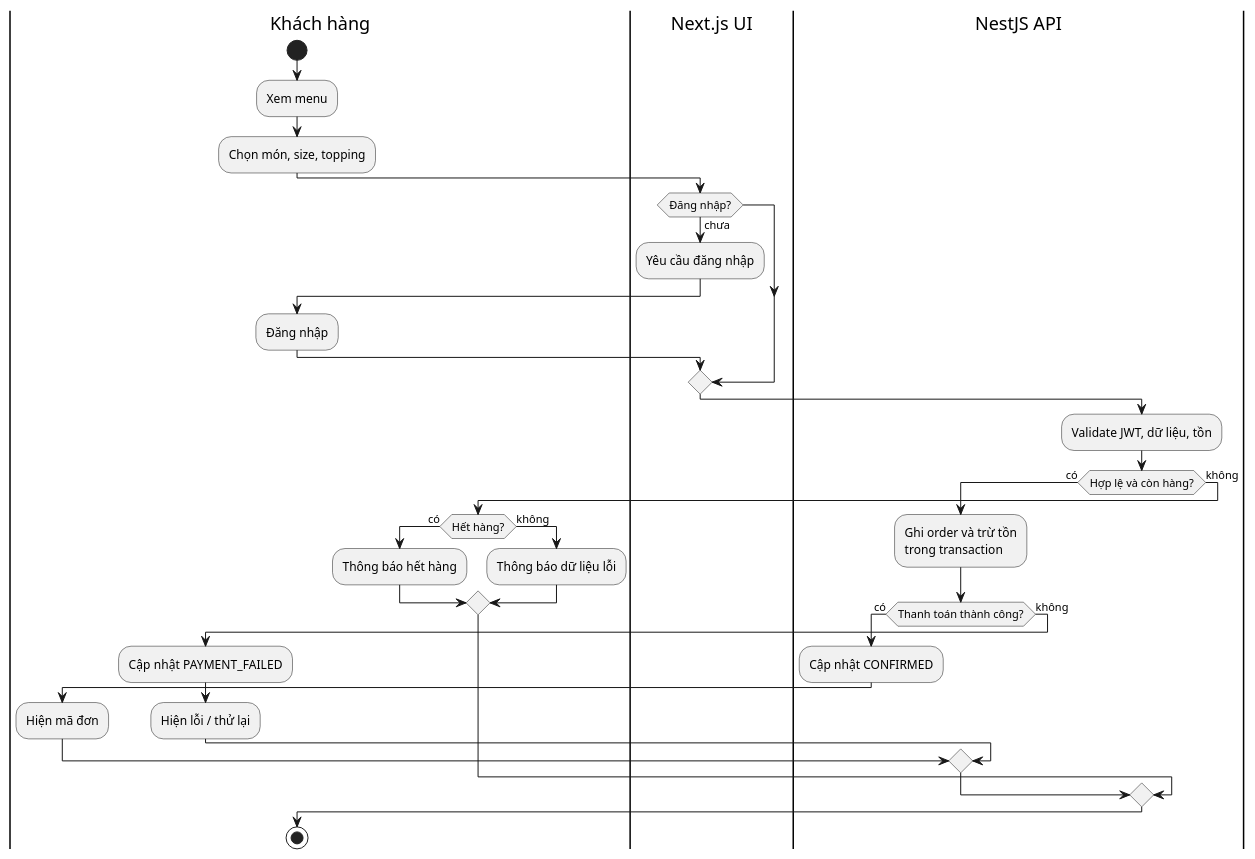
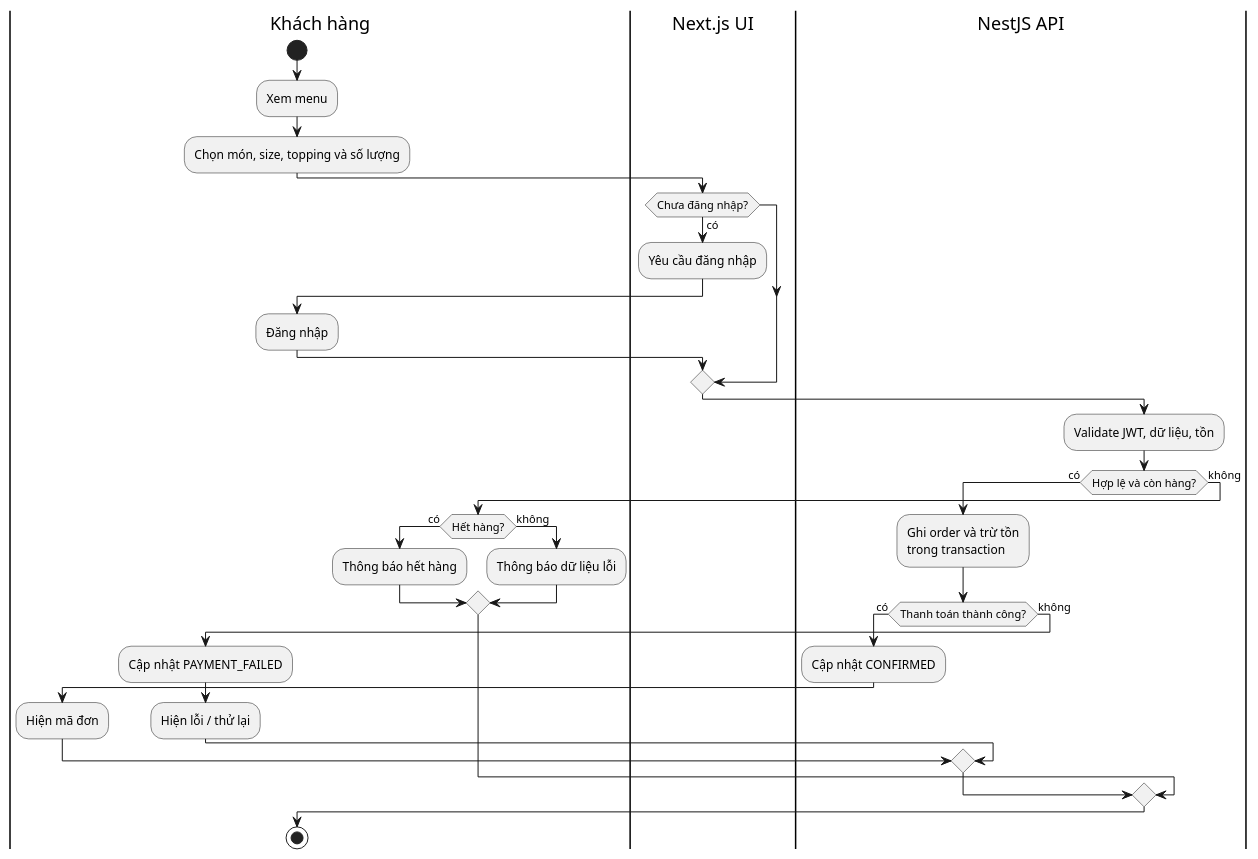
The diagram in docs/diagrams/activity-checkout.puml (Myngoc09/assignment2_brewlite), drawn with PlantUML before and after one commit. The commit also changed 48 other files, not shown here.

```diff
--- a/docs/diagrams/activity-checkout.puml
+++ b/docs/diagrams/activity-checkout.puml
@@ -1,35 +1,35 @@
 @startuml
 |Khách hàng|
 start
 :Xem menu;
-:Chọn món, size, topping;
+:Chọn món, size, topping và số lượng;
 |Next.js UI|
-if (Đăng nhập?) then (chưa)
+if (Chưa đăng nhập?) then (có)
 :Yêu cầu đăng nhập;
 |Khách hàng|
 :Đăng nhập;
 |Next.js UI|
 endif
 |NestJS API|
 :Validate JWT, dữ liệu, tồn;
 if (Hợp lệ và còn hàng?) then (có)
 :Ghi order và trừ tồn
 trong transaction;
 if (Thanh toán thành công?) then (có)
 :Cập nhật CONFIRMED;
 |Khách hàng|
 :Hiện mã đơn;
 else (không)
 :Cập nhật PAYMENT_FAILED;
 |Khách hàng|
 :Hiện lỗi / thử lại;
 endif
 else (không)
 if (Hết hàng?) then (có)
 :Thông báo hết hàng;
 else (không)
 :Thông báo dữ liệu lỗi;
 endif
 endif
 stop
 @enduml
```
